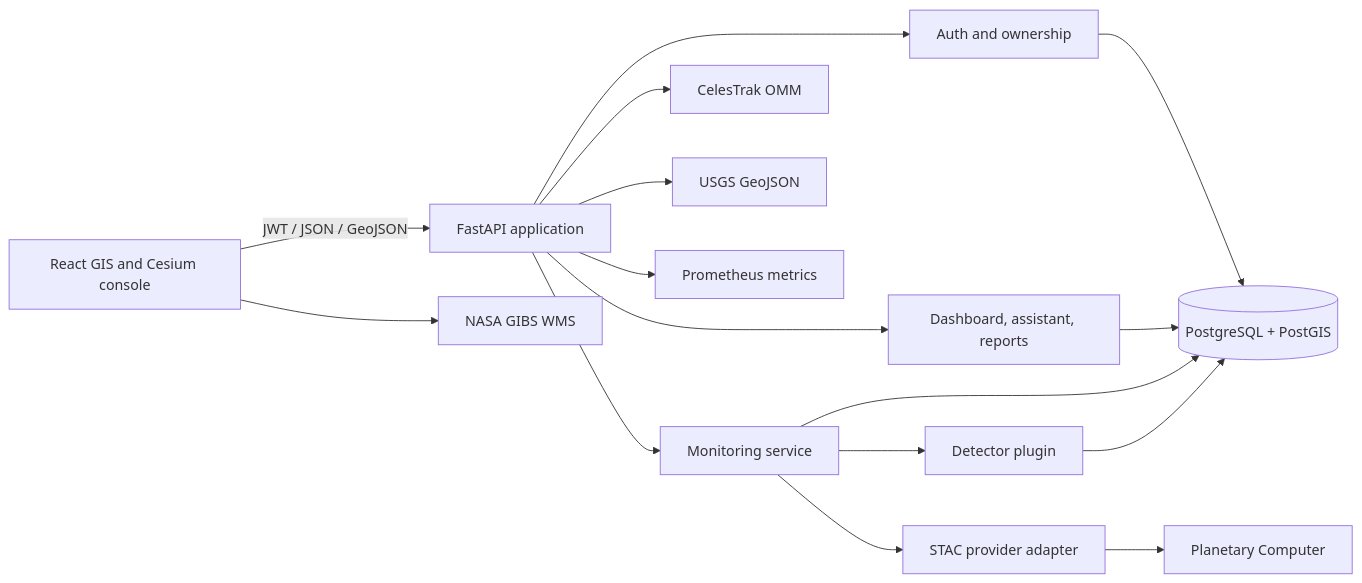
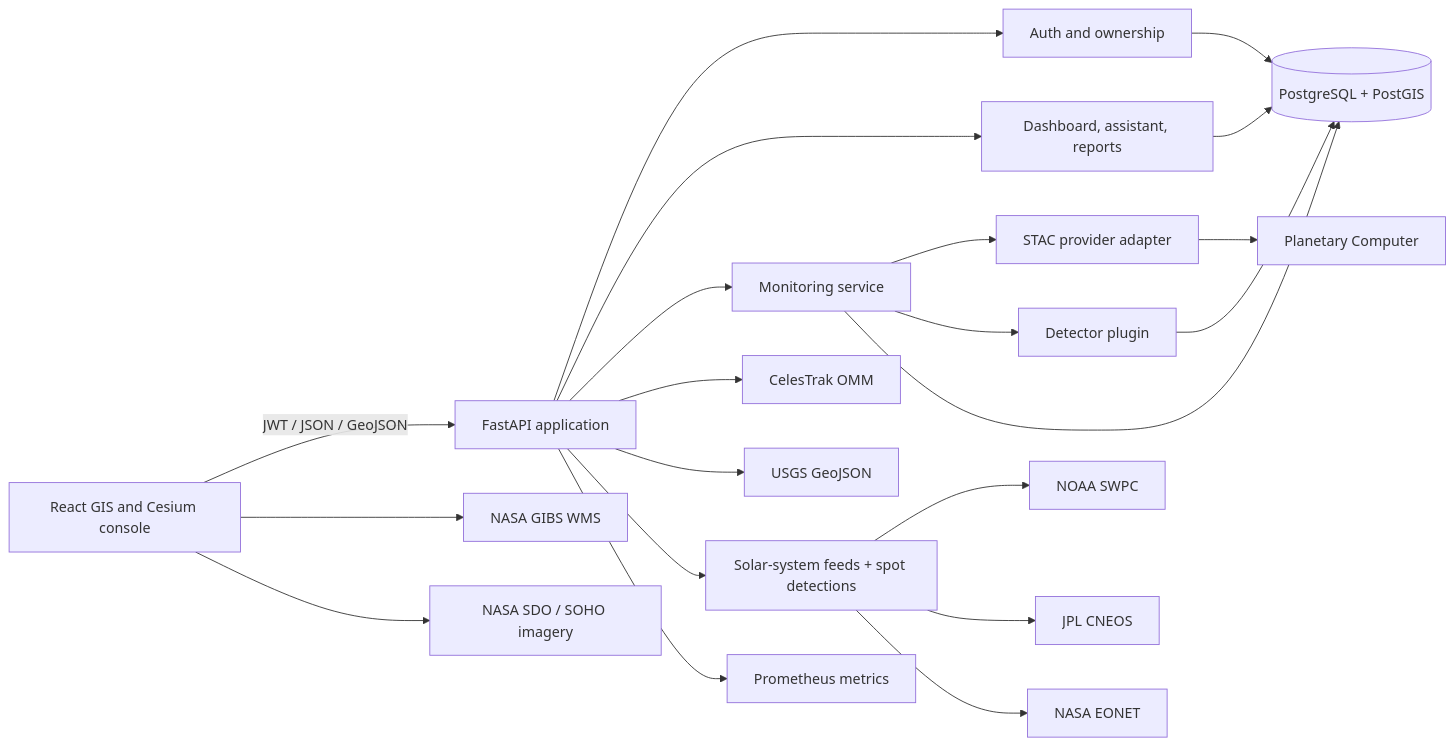
The diagram in README.md (p3nicillin/Earth-Monitoring-Assistant), drawn with Mermaid before and after one commit. The commit also changed other lines of this file and 21 other files, not shown here.

First line of the commit message:
feat: live solar-system monitoring with rule-based spot detections

````diff
--- a/README.md
+++ b/README.md
@@ -69,18 +80,23 @@
 ```mermaid
 flowchart LR
     UI[React GIS and Cesium console] -->|JWT / JSON / GeoJSON| API[FastAPI application]
     API --> AUTH[Auth and ownership]
     API --> QUERY[Dashboard, assistant, reports]
     API --> MON[Monitoring service]
     AUTH --> DB[(PostgreSQL + PostGIS)]
     QUERY --> DB
     MON --> STAC[STAC provider adapter]
     MON --> DET[Detector plugin]
     STAC --> PC[Planetary Computer]
     API --> ORBITS[CelesTrak OMM]
     API --> HAZARDS[USGS GeoJSON]
+    API --> SOLAR[Solar-system feeds + spot detections]
+    SOLAR --> SWPC[NOAA SWPC]
+    SOLAR --> CNEOS[JPL CNEOS]
+    SOLAR --> EONET[NASA EONET]
     UI --> GIBS[NASA GIBS WMS]
+    UI --> SDO[NASA SDO / SOHO imagery]
     MON --> DB
     DET --> DB
     API --> METRICS[Prometheus metrics]
 ```
````
